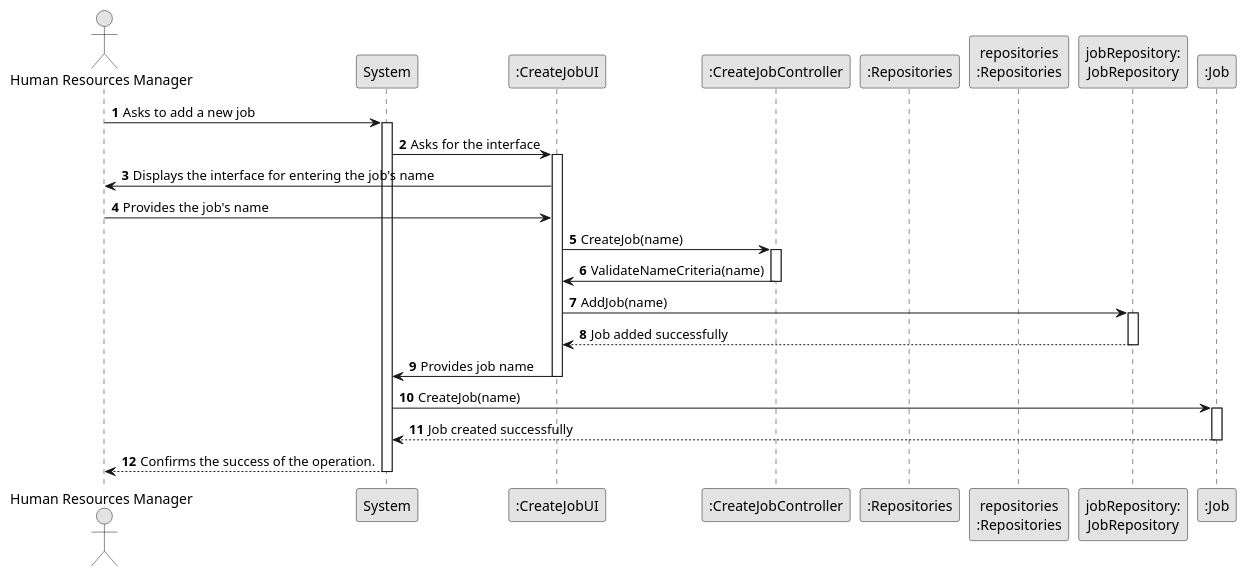
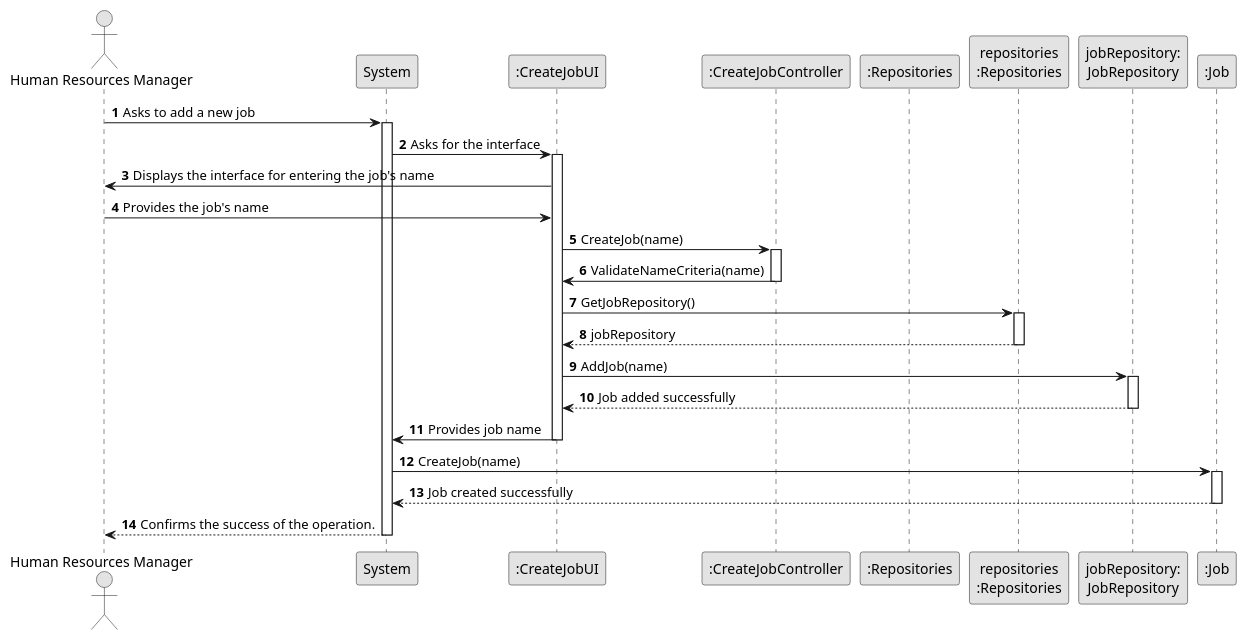
One commit to SAEmanuel/Green_Spaces_Management_ISEP changed the diagram in docs/sprintB/us002/03.design/puml/us002-sequence-diagram-full.puml. Above: the diagram before and after it, drawn with PlantUML.

Commit message:
US2 - design full diagram: v3

```diff
--- a/docs/sprintB/us002/03.design/puml/us002-sequence-diagram-full.puml
+++ b/docs/sprintB/us002/03.design/puml/us002-sequence-diagram-full.puml
@@ -1,53 +1,57 @@
 @startuml
 skinparam monochrome true
 skinparam packageStyle rectangle
 skinparam shadowing false
 
 autonumber
 
 'hide footbox
 actor "Human Resources Manager" as HRM
 participant "System" as System
 participant ":CreateJobUI" as UI
 participant ":CreateJobController" as CTRL
 participant ":Repositories" as RepositorySingleton
 participant "repositories\n:Repositories" as PLAT
 participant "jobRepository:\nJobRepository" as jobRepository
 participant ":Job" as Job
 
 HRM -> System : Asks to add a new job
 activate System
 
 System -> UI : Asks for the interface
 activate UI
 
 UI -> HRM : Displays the interface for entering the job's name
 HRM -> UI : Provides the job's name
 
 UI -> CTRL : CreateJob(name)
 activate CTRL
 
 CTRL -> UI : ValidateNameCriteria(name)
 deactivate CTRL
 
+UI -> PLAT : GetJobRepository()
+activate PLAT
+
+PLAT --> UI : jobRepository
+deactivate PLAT
+
 UI -> jobRepository : AddJob(name)
 activate jobRepository
 
 jobRepository --> UI : Job added successfully
 deactivate jobRepository
 
 UI -> System : Provides job name
 deactivate UI
 
 System -> Job : CreateJob(name)
 activate Job
 
 Job --> System : Job created successfully
 deactivate Job
 
 System --> HRM : Confirms the success of the operation.
 deactivate System
 
-
-
 @enduml
```
